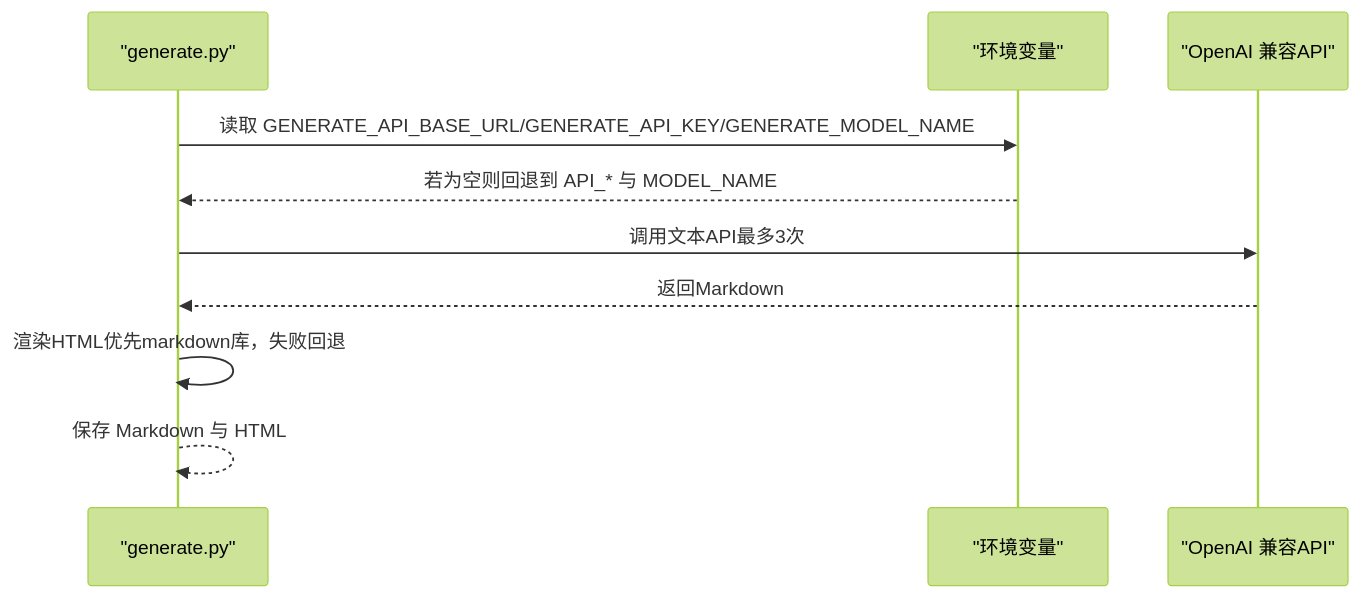
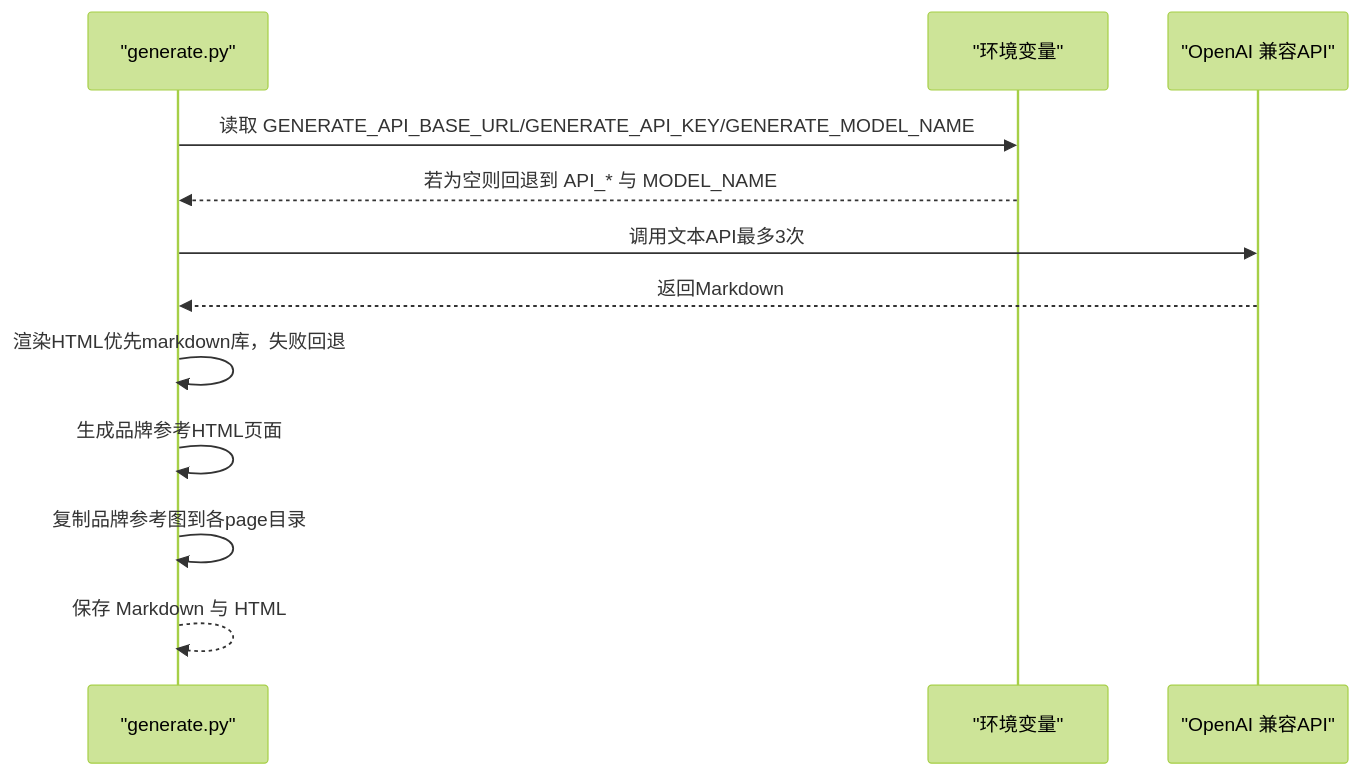
The fourth of 7 diagrams in .qoder/repowiki/zh/content/配置和定制/API配置.md (WongMingJiu/landingpage-test-hero-page), drawn with Mermaid (forest theme) before and after one commit. The commit also changed other lines of this file and 4 other files, not shown here.

First line of the commit message:
feat: 生图输出尺寸改为 750x1125（API 生成 1024x1536 后 Pillow 缩放）

````diff
--- a/.qoder/repowiki/zh/content/配置和定制/API配置.md
+++ b/.qoder/repowiki/zh/content/配置和定制/API配置.md
@@ -248,12 +276,14 @@
 ```mermaid
 sequenceDiagram
 participant GE as "generate.py"
 participant ENV as "环境变量"
 participant OA as "OpenAI 兼容API"
 GE->>ENV : 读取 GENERATE_API_BASE_URL/GENERATE_API_KEY/GENERATE_MODEL_NAME
 ENV-->>GE : 若为空则回退到 API_* 与 MODEL_NAME
 GE->>OA : 调用文本API最多3次
 OA-->>GE : 返回Markdown
 GE->>GE : 渲染HTML优先markdown库，失败回退
+GE->>GE : 生成品牌参考HTML页面
+GE->>GE : 复制品牌参考图到各page目录
 GE-->>GE : 保存 Markdown 与 HTML
 ```
````
